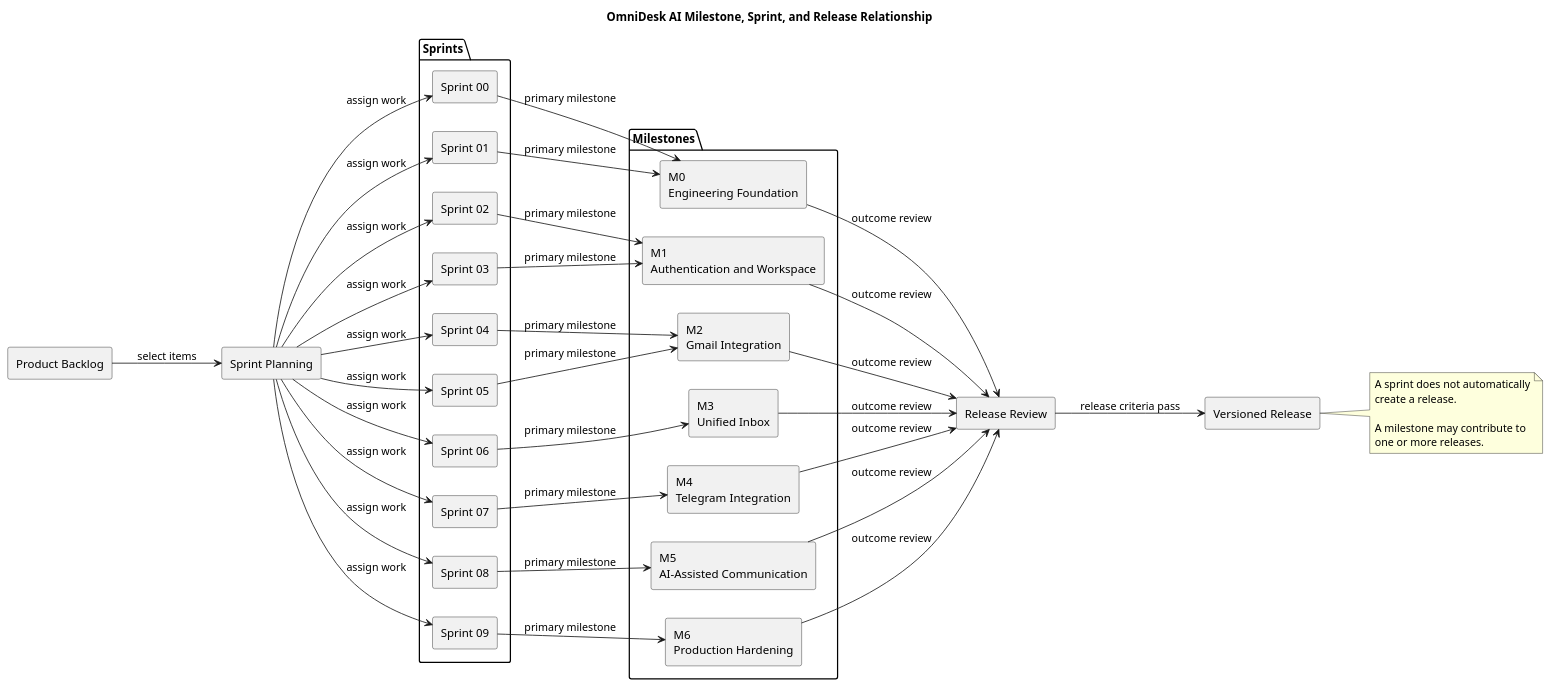
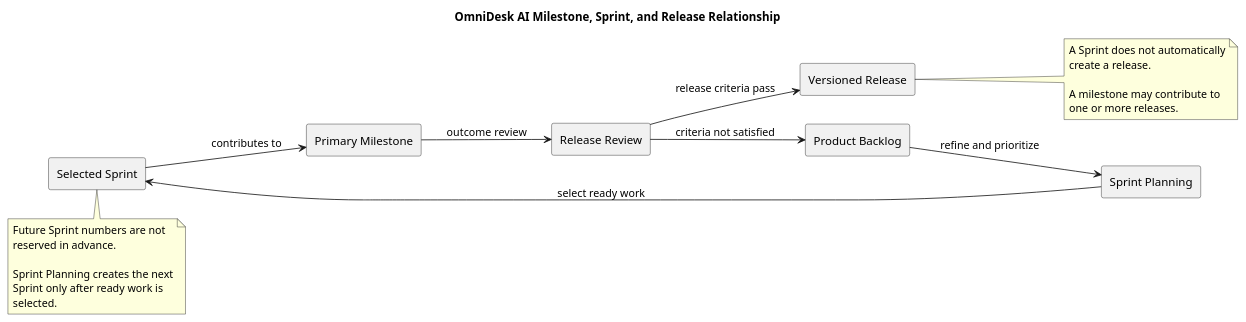
One commit to Farhad-Valizadegan/Web-OmniDesk changed the diagram in docs/Project-Management/diagrams/milestone-sprint-release-relationship.puml. Above: the diagram before and after it, drawn with PlantUML.

Commit message:
docs: align relationship diagram with agile allocation

```diff
--- a/docs/Project-Management/diagrams/milestone-sprint-release-relationship.puml
+++ b/docs/Project-Management/diagrams/milestone-sprint-release-relationship.puml
@@ -1,78 +1,38 @@
 @startuml
 title OmniDesk AI Milestone, Sprint, and Release Relationship
 
 left to right direction
 skinparam componentStyle rectangle
 
 rectangle "Product Backlog" as Backlog
 rectangle "Sprint Planning" as Planning
-
-package "Milestones" {
-  rectangle "M0\nEngineering Foundation" as M0
-  rectangle "M1\nAuthentication and Workspace" as M1
-  rectangle "M2\nGmail Integration" as M2
-  rectangle "M3\nUnified Inbox" as M3
-  rectangle "M4\nTelegram Integration" as M4
-  rectangle "M5\nAI-Assisted Communication" as M5
-  rectangle "M6\nProduction Hardening" as M6
-}
-
-package "Sprints" {
-  rectangle "Sprint 00" as S00
-  rectangle "Sprint 01" as S01
-  rectangle "Sprint 02" as S02
-  rectangle "Sprint 03" as S03
-  rectangle "Sprint 04" as S04
-  rectangle "Sprint 05" as S05
-  rectangle "Sprint 06" as S06
-  rectangle "Sprint 07" as S07
-  rectangle "Sprint 08" as S08
-  rectangle "Sprint 09" as S09
-}
-
+rectangle "Selected Sprint" as Sprint
+rectangle "Primary Milestone" as Milestone
 rectangle "Release Review" as Review
 rectangle "Versioned Release" as Release
 
-Backlog --> Planning : select items
+Backlog --> Planning : refine and prioritize
+Planning --> Sprint : select ready work
+Sprint --> Milestone : contributes to
+Milestone --> Review : outcome review
+Review --> Release : release criteria pass
+Review --> Backlog : criteria not satisfied
 
-Planning --> S00 : assign work
-Planning --> S01 : assign work
-Planning --> S02 : assign work
-Planning --> S03 : assign work
-Planning --> S04 : assign work
-Planning --> S05 : assign work
-Planning --> S06 : assign work
-Planning --> S07 : assign work
-Planning --> S08 : assign work
-Planning --> S09 : assign work
+note bottom of Sprint
+Future Sprint numbers are not
+reserved in advance.
 
-S00 --> M0 : primary milestone
-S01 --> M0 : primary milestone
-S02 --> M1 : primary milestone
-S03 --> M1 : primary milestone
-S04 --> M2 : primary milestone
-S05 --> M2 : primary milestone
-S06 --> M3 : primary milestone
-S07 --> M4 : primary milestone
-S08 --> M5 : primary milestone
-S09 --> M6 : primary milestone
-
-M0 --> Review : outcome review
-M1 --> Review : outcome review
-M2 --> Review : outcome review
-M3 --> Review : outcome review
-M4 --> Review : outcome review
-M5 --> Review : outcome review
-M6 --> Review : outcome review
-
-Review --> Release : release criteria pass
+Sprint Planning creates the next
+Sprint only after ready work is
+selected.
+end note
 
 note right of Release
-A sprint does not automatically
+A Sprint does not automatically
 create a release.
 
 A milestone may contribute to
 one or more releases.
 end note
 
 @enduml
```
